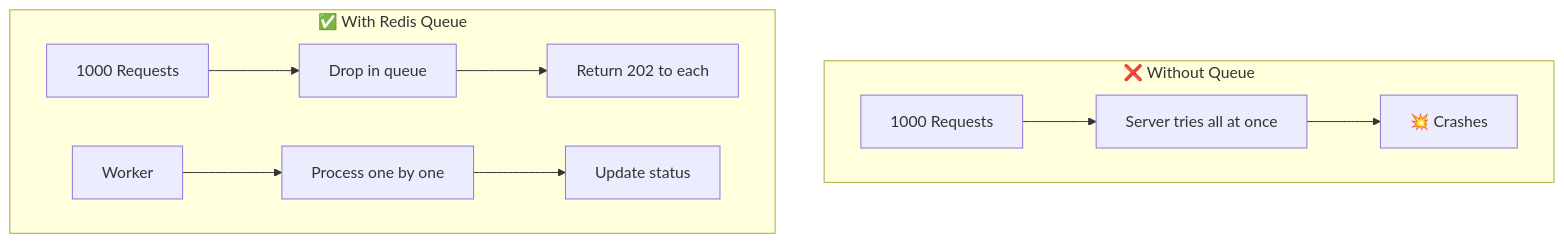
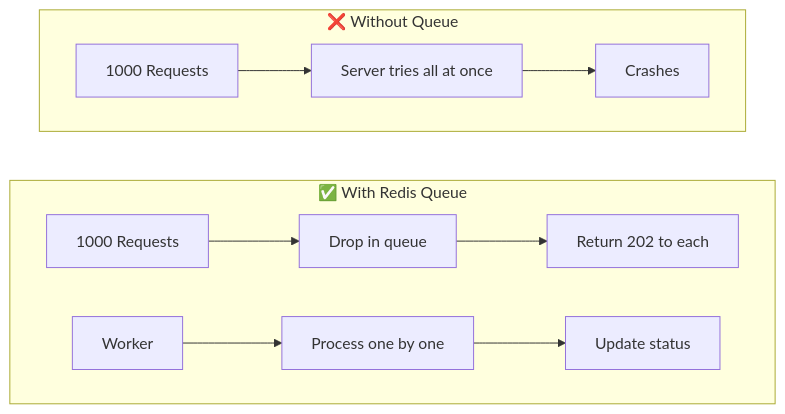
Before and after one commit to solydstore/inner_cnft_manager_heroku: diagram 16 of 21 in README.md, drawn with Mermaid. The commit also changed other lines of this file, not shown here.

Commit message:
Fix Mermaid charts

````diff
--- a/README.md
+++ b/README.md
@@ -885,11 +897,13 @@
 ```mermaid
 flowchart TB
     subgraph Without["❌ Without Queue"]
-        A1[1000 Requests] --> A2[Server tries all at once] --> A3[💥 Crashes]
+        A1[1000 Requests] --> A2[Server tries all at once] --> A3[Crashes]
     end
 
     subgraph With["✅ With Redis Queue"]
         B1[1000 Requests] --> B2[Drop in queue] --> B3[Return 202 to each]
         B4[Worker] --> B5[Process one by one] --> B6[Update status]
     end
+
+    Without ~~~ With
 ```
````
